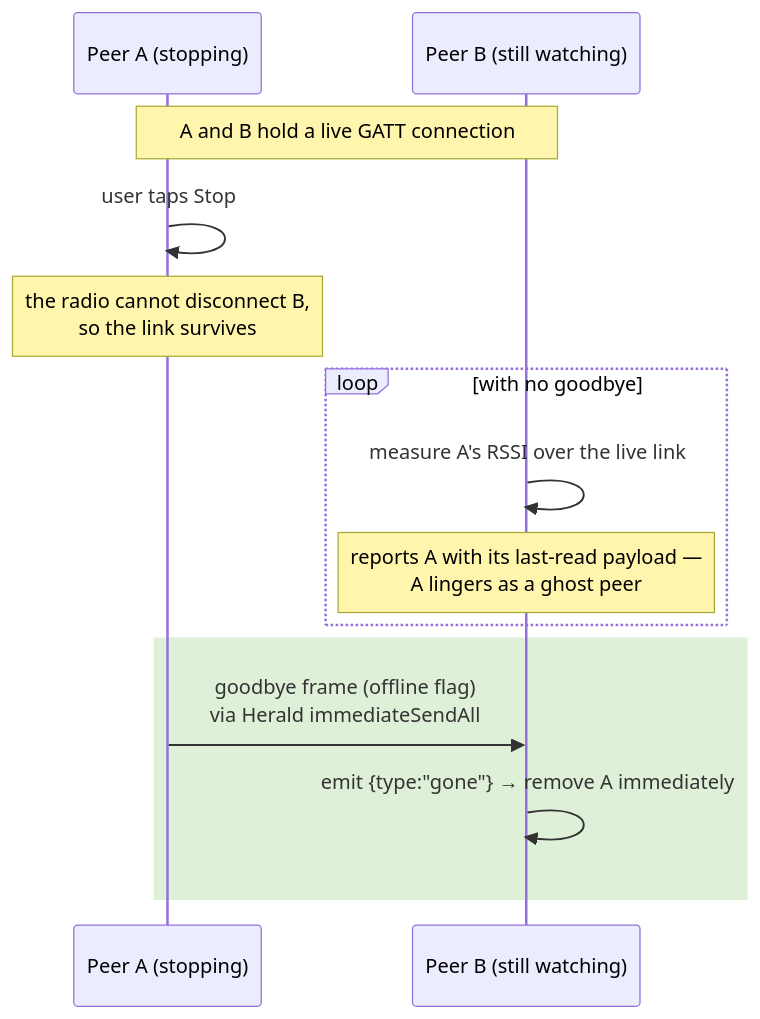
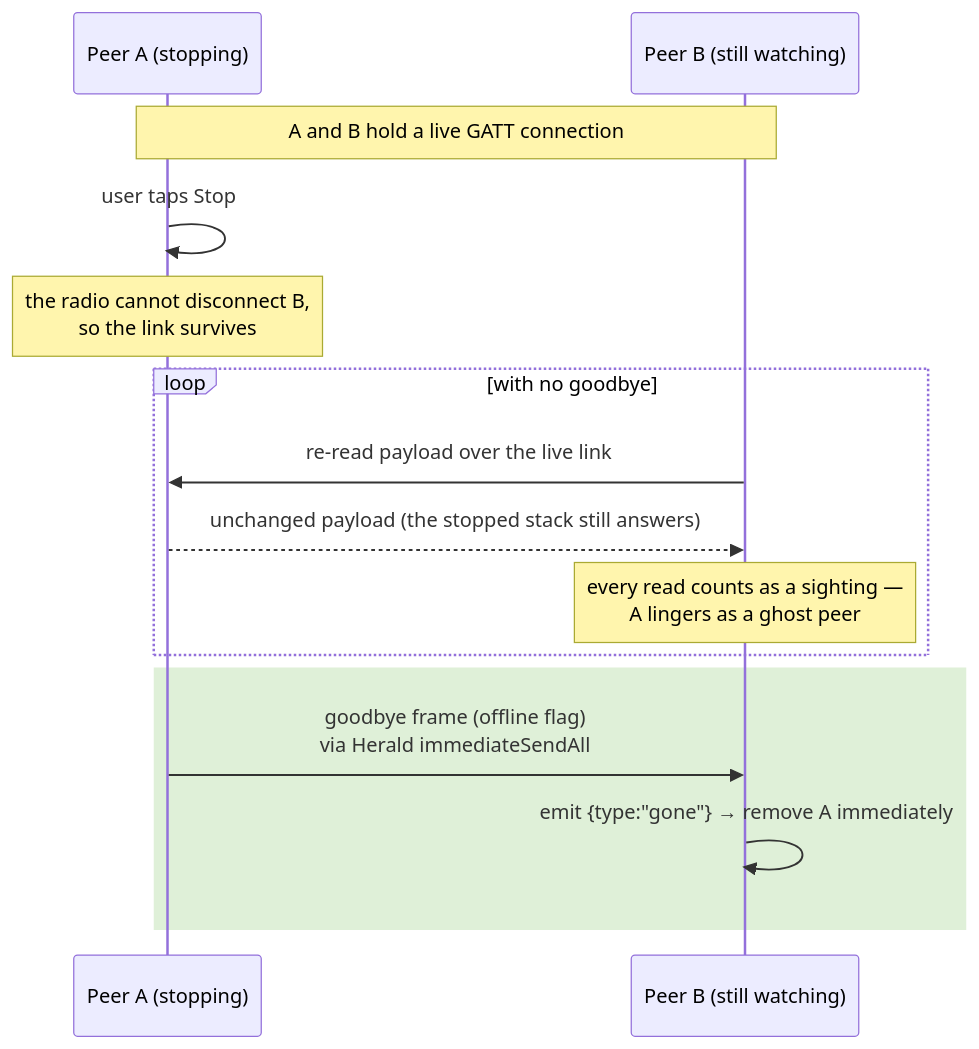
The first of 5 diagrams in README.md (agrozdani/flutter-ble-proximity-bridge), drawn with Mermaid before and after one commit. The commit also changed other lines of this file and 4 other files, not shown here.

````diff
--- a/README.md
+++ b/README.md
@@ -57,17 +59,18 @@
 ```mermaid
 sequenceDiagram
     participant A as Peer A (stopping)
     participant B as Peer B (still watching)
 
     Note over A,B: A and B hold a live GATT connection
     A->>A: user taps Stop
     Note over A: the radio cannot disconnect B,<br/>so the link survives
     loop with no goodbye
-        B->>B: measure A's RSSI over the live link
-        Note over B: reports A with its last-read payload —<br/>A lingers as a ghost peer
+        B->>A: re-read payload over the live link
+        A-->>B: unchanged payload (the stopped stack still answers)
+        Note over B: every read counts as a sighting —<br/>A lingers as a ghost peer
     end
     rect rgb(223, 240, 216)
         A->>B: goodbye frame (offline flag)<br/>via Herald immediateSendAll
         B->>B: emit {type:"gone"} → remove A immediately
     end
 ```
````
